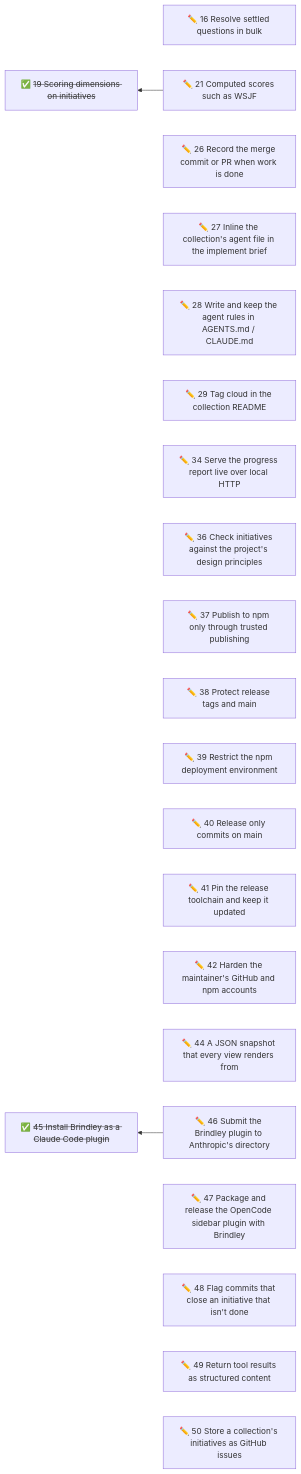
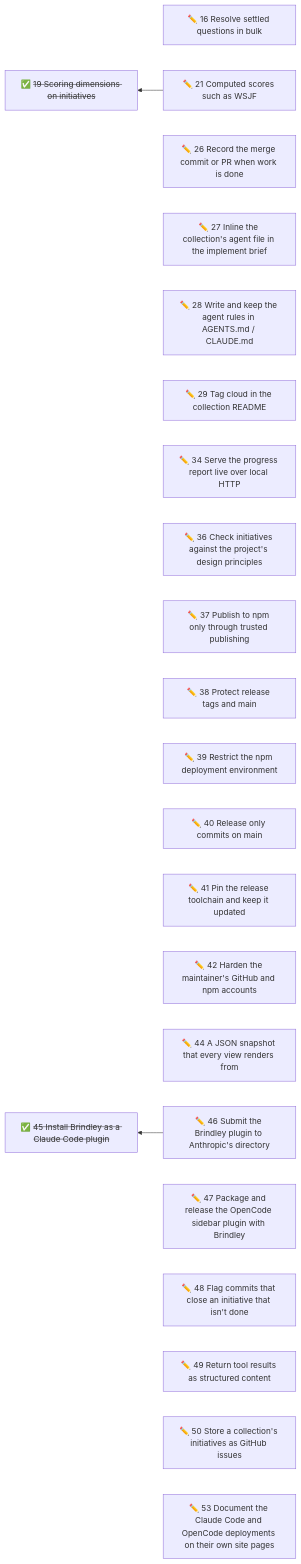
One commit to duckAsteroid/brindley changed the diagram in initiatives/README.md. Above: the diagram before and after it, drawn with Mermaid. The commit also changed other lines of this file and 1 other file, not shown here.

````diff
--- a/initiatives/README.md
+++ b/initiatives/README.md
@@ -50,49 +51,51 @@
 ```mermaid
 flowchart RL
   n16["✏️ 16 Resolve settled questions in bulk"]
   n21["✏️ 21 Computed scores such as WSJF"]
   n26["✏️ 26 Record the merge commit or PR when work is done"]
   n27["✏️ 27 Inline the collection's agent file in the implement brief"]
   n28["✏️ 28 Write and keep the agent rules in AGENTS.md / CLAUDE.md"]
   n29["✏️ 29 Tag cloud in the collection README"]
   n34["✏️ 34 Serve the progress report live over local HTTP"]
   n36["✏️ 36 Check initiatives against the project's design principles"]
   n37["✏️ 37 Publish to npm only through trusted publishing"]
   n38["✏️ 38 Protect release tags and main"]
   n39["✏️ 39 Restrict the npm deployment environment"]
   n40["✏️ 40 Release only commits on main"]
   n41["✏️ 41 Pin the release toolchain and keep it updated"]
   n42["✏️ 42 Harden the maintainer's GitHub and npm accounts"]
   n44["✏️ 44 A JSON snapshot that every view renders from"]
   n46["✏️ 46 Submit the Brindley plugin to Anthropic's directory"]
   n47["✏️ 47 Package and release the OpenCode sidebar plugin with Brindley"]
   n48["✏️ 48 Flag commits that close an initiative that isn't done"]
   n49["✏️ 49 Return tool results as structured content"]
   n50["✏️ 50 Store a collection's initiatives as GitHub issues"]
+  n53["✏️ 53 Document the Claude Code and OpenCode deployments on their own site pages"]
   n19["✅ <s>19 Scoring dimensions on initiatives</s>"]
   n45["✅ <s>45 Install Brindley as a Claude Code plugin</s>"]
   n21 --> n19
   n46 --> n45
   click n16 href "16-resolve-settled-questions-in-bulk.md"
   click n21 href "21-computed-scores-such-as-wsjf.md"
   click n26 href "26-record-the-merge-commit-or-pr-when-work-is-done.md"
   click n27 href "27-inline-the-collection-s-agent-file-in-the-implement-brief.md"
   click n28 href "28-write-and-keep-the-agent-rules-in-agents-md-claude-md.md"
   click n29 href "29-tag-cloud-in-the-collection-readme.md"
   click n34 href "34-serve-the-progress-report-live-over-local-http.md"
   click n36 href "36-check-initiatives-against-the-project-s-design-principles.md"
   click n37 href "37-publish-to-npm-only-through-trusted-publishing.md"
   click n38 href "38-protect-release-tags-and-main.md"
   click n39 href "39-restrict-the-npm-deployment-environment.md"
   click n40 href "40-release-only-commits-on-main.md"
   click n41 href "41-pin-the-release-toolchain-and-keep-it-updated.md"
   click n42 href "42-harden-the-maintainer-s-github-and-npm-accounts.md"
   click n44 href "44-a-json-snapshot-that-every-view-renders-from.md"
   click n46 href "46-submit-the-brindley-plugin-to-anthropic-s-directory.md"
   click n47 href "47-package-and-release-the-opencode-sidebar-plugin-with-brindle.md"
   click n48 href "48-flag-commits-that-close-an-initiative-that-isn-t-done.md"
   click n49 href "49-return-tool-results-as-structured-content.md"
   click n50 href "50-store-a-collection-s-initiatives-as-github-issues.md"
+  click n53 href "53-document-the-claude-code-and-opencode-deployments-on-their-o.md"
   click n19 href "done/19-rank-initiatives-by-scoring-dimensions.md"
   click n45 href "done/45-install-brindley-as-a-claude-code-plugin.md"
 ```
````
